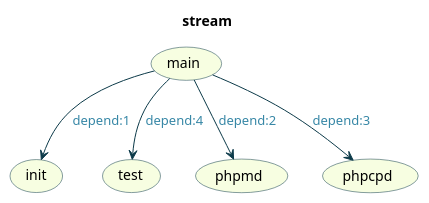
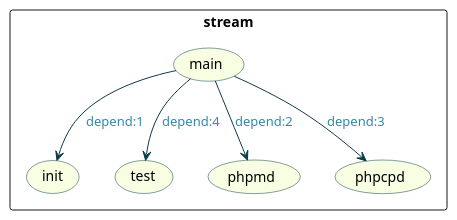
Before and after one commit to jawira/phing-visualizer: the diagram in resources/puml/gist-mapserver2007.puml, drawn with PlantUML. The commit also changed 6 other files, not shown here.

```diff
--- a/resources/puml/gist-mapserver2007.puml
+++ b/resources/puml/gist-mapserver2007.puml
@@ -1,23 +1,24 @@
 @startuml
 
-title stream
 skinparam Arrow {
-    Color #0C3A49
-    FontColor #3787A6
+Color #0C3A49
+FontColor #3787A6
 }
 skinparam Usecase {
-    BackgroundColor #F7FEE1
-    BorderColor #0C3A49
+BackgroundColor #F7FEE1
+BorderColor #0C3A49
 }
 
+rectangle "stream" {
 (main)
 (init)
 (test)
 (phpmd)
 (phpcpd)
+}
 
 (main) --> (init) : depend:1
 (main) --> (phpmd) : depend:2
 (main) --> (phpcpd) : depend:3
 (main) --> (test) : depend:4
 @enduml
```
